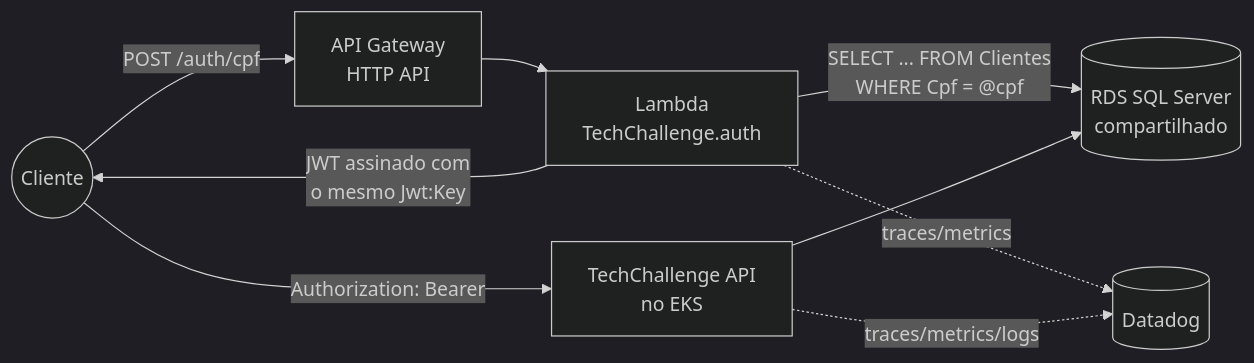
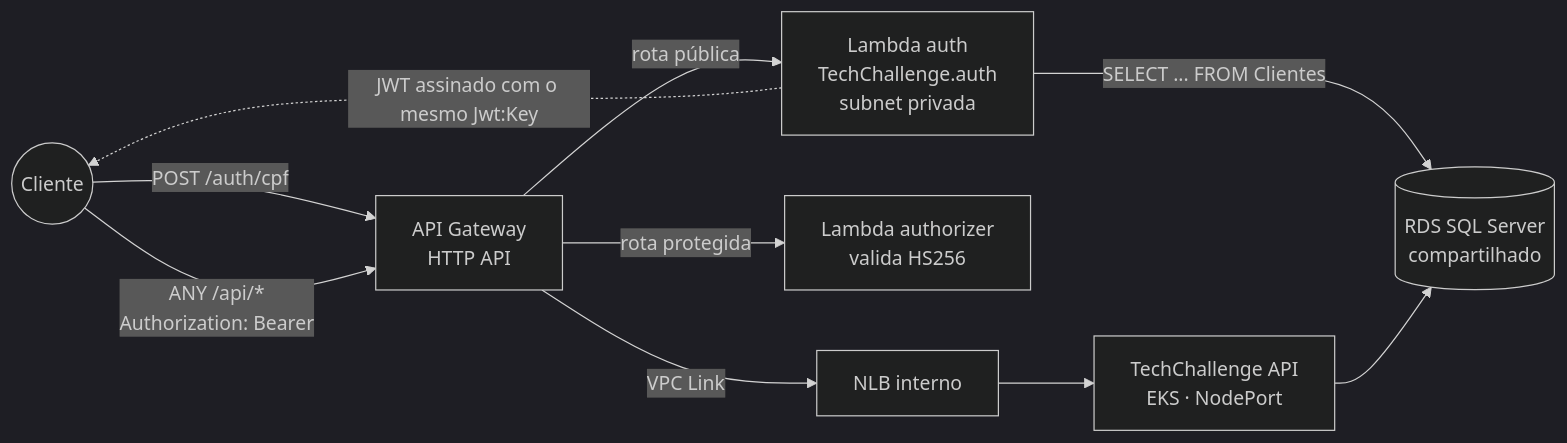
One commit to TechChallenge01/TechChallenger.auth changed the first of 2 diagrams in README.md. Above: the diagram before and after it, drawn with Mermaid (dark theme). The commit also changed other lines of this file and 16 other files, not shown here.

First line of the commit message:
feat: API Gateway HTTP API + Lambda serverless de autenticacao

````diff
--- a/README.md
+++ b/README.md
@@ -32,11 +41,12 @@
 ```mermaid
 flowchart LR
     Cliente((Cliente)) -->|POST /auth/cpf| APIGW[API Gateway<br/>HTTP API]
-    APIGW --> Lambda[Lambda<br/>TechChallenge.auth]
-    Lambda -->|SELECT ... FROM Clientes<br/>WHERE Cpf = @cpf| RDS[(RDS SQL Server<br/>compartilhado)]
-    Lambda -->|JWT assinado com<br/>o mesmo Jwt:Key| Cliente
-    Cliente -->|Authorization: Bearer <token>| API[TechChallenge API<br/>no EKS]
+    Cliente -->|ANY /api/*<br/>Authorization: Bearer| APIGW
+    APIGW -->|rota pública| Lambda[Lambda auth<br/>TechChallenge.auth<br/>subnet privada]
+    APIGW -->|rota protegida| AUTHZ[Lambda authorizer<br/>valida HS256]
+    APIGW -->|VPC Link| NLB[NLB interno]
+    NLB --> API[TechChallenge API<br/>EKS · NodePort]
+    Lambda -->|SELECT ... FROM Clientes| RDS[(RDS SQL Server<br/>compartilhado)]
     API --> RDS
-    Lambda -.->|traces/metrics| DD[(Datadog)]
-    API -.->|traces/metrics/logs| DD
+    Lambda -.->|JWT assinado com o mesmo Jwt:Key| Cliente
 ```
````
